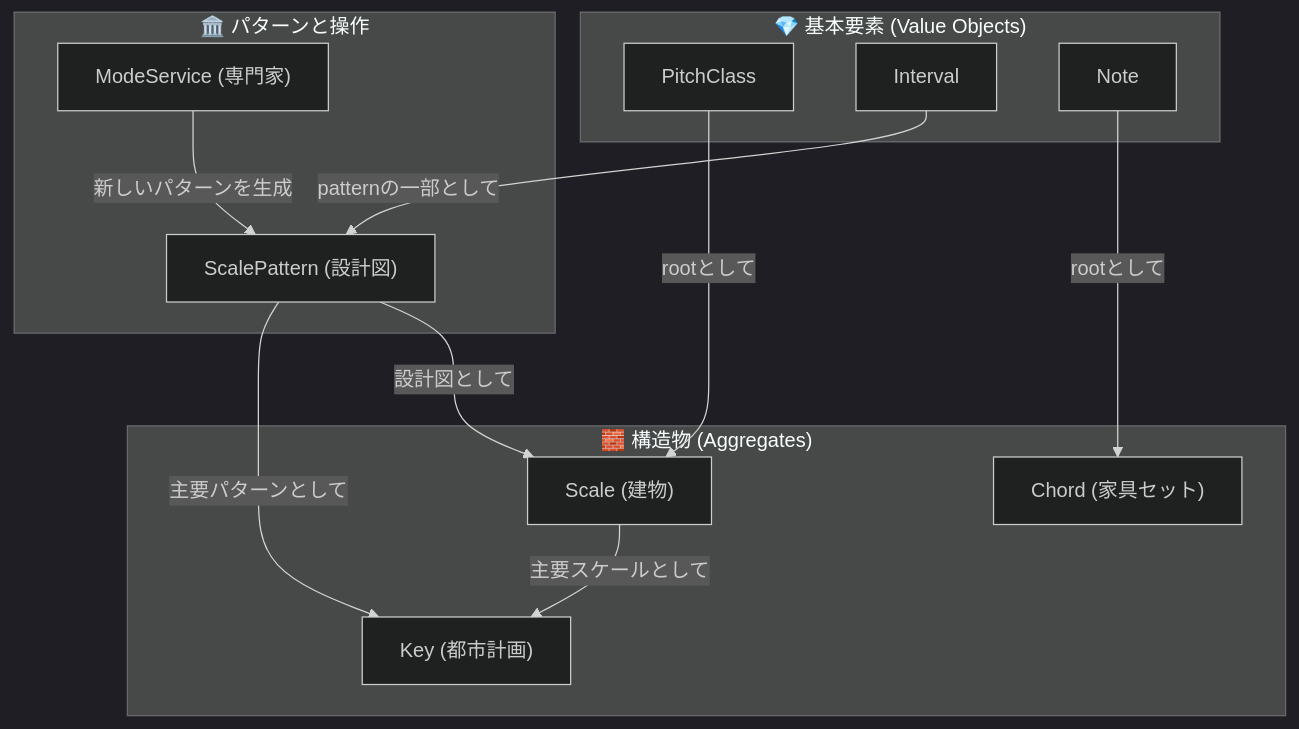
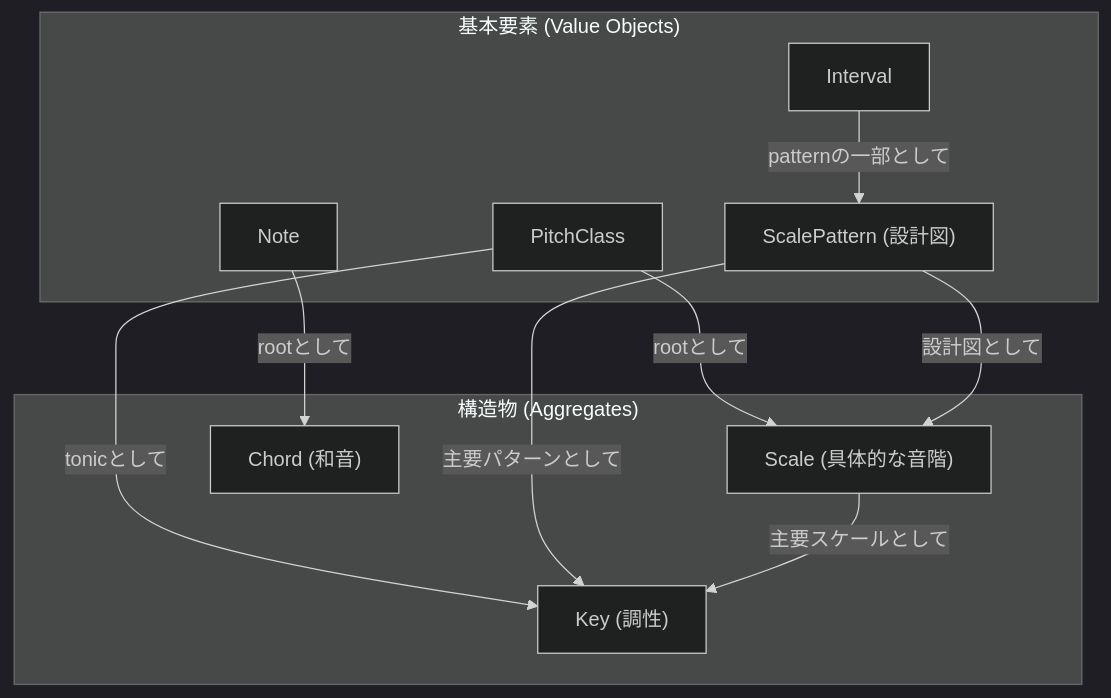
One commit to endo-ava/music-theory-app changed the diagram in docs/04.domainSystem.md. Above: the diagram before and after it, drawn with Mermaid (dark theme). The commit also changed other lines of this file and 31 other files, not shown here.

First line of the commit message:
refactor: simplify domain layer architecture and fix tests

````diff
--- a/docs/04.domainSystem.md
+++ b/docs/04.domainSystem.md
@@ -88,30 +46,25 @@
 ```mermaid
 graph TD
-    subgraph "💎 基本要素 (Value Objects)"
+    subgraph "基本要素 (Value Objects)"
         PitchClass
         Interval
         Note
+        ScalePattern["ScalePattern (設計図)"]
     end
 
-    subgraph "🏛️ パターンと操作"
-        ScalePattern["ScalePattern (設計図)"]
-        ModeService["ModeService (専門家)"]
-    end
-
-    subgraph "🧱 構造物 (Aggregates)"
-        Scale["Scale (建物)"]
-        Chord["Chord (家具セット)"]
-        Key["Key (都市計画)"]
+    subgraph "構造物 (Aggregates)"
+        Scale["Scale (具体的な音階)"]
+        Chord["Chord (和音)"]
+        Key["Key (調性)"]
     end
 
     PitchClass -- rootとして --> Scale
+    PitchClass -- tonicとして --> Key
     Interval -- patternの一部として --> ScalePattern
-
-    ModeService -- 新しいパターンを生成 --> ScalePattern
+    Note -- rootとして --> Chord
 
     ScalePattern -- 設計図として --> Scale
     ScalePattern -- 主要パターンとして --> Key
 
     Scale -- 主要スケールとして --> Key
-    Note -- rootとして --> Chord
 ```
````
